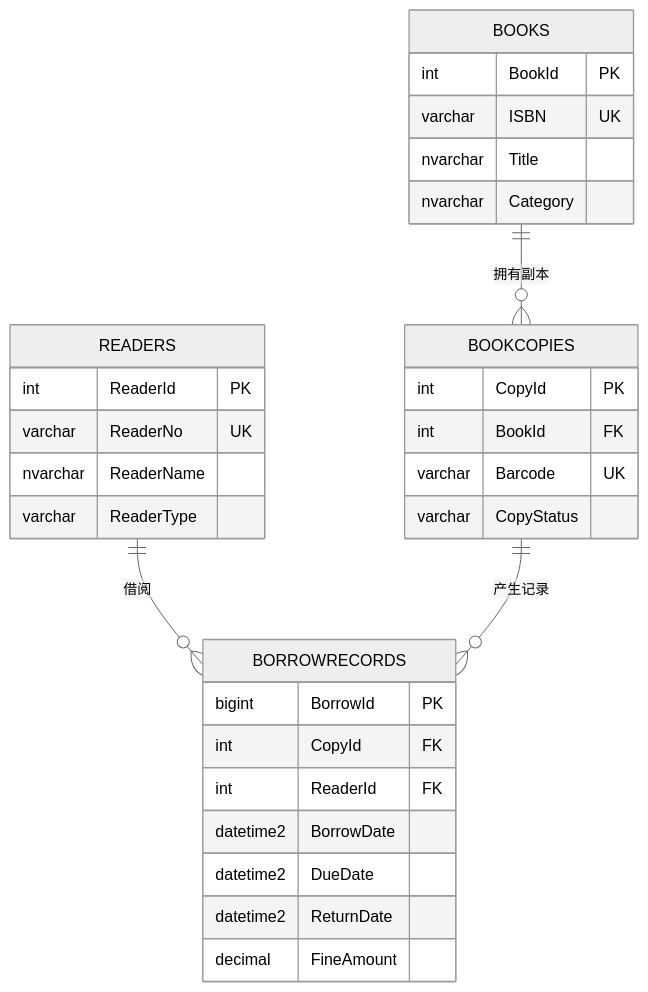
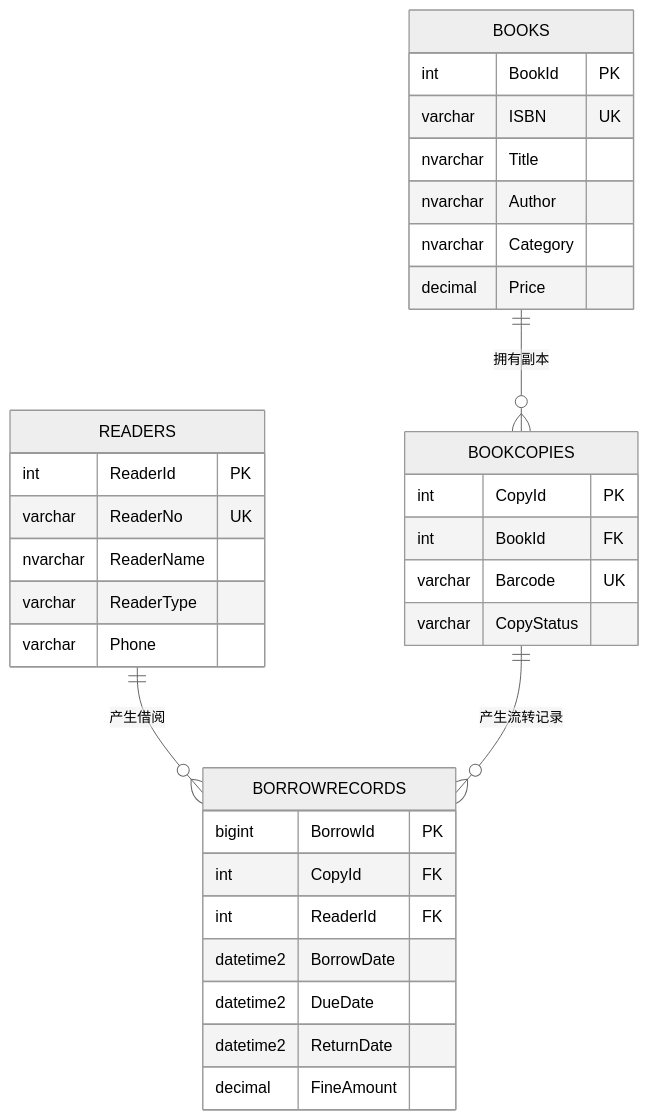
The diagram in README.md (lihongyu-sql/sqlserver-library-portfolio), drawn with Mermaid (neutral theme) before and after one commit. The commit also changed other lines of this file, not shown here.

````diff
--- a/README.md
+++ b/README.md
@@ -20,37 +31,40 @@
 ```mermaid
 erDiagram
-    READERS ||--o{ BORROWRECORDS : "借阅"
+    READERS ||--o{ BORROWRECORDS : "产生借阅"
     BOOKS ||--o{ BOOKCOPIES : "拥有副本"
-    BOOKCOPIES ||--o{ BORROWRECORDS : "产生记录"
+    BOOKCOPIES ||--o{ BORROWRECORDS : "产生流转记录"
 
     READERS {
         int ReaderId PK
         varchar ReaderNo UK
         nvarchar ReaderName
         varchar ReaderType
+        varchar Phone
     }
 
     BOOKS {
         int BookId PK
         varchar ISBN UK
         nvarchar Title
+        nvarchar Author
         nvarchar Category
+        decimal Price
     }
 
     BOOKCOPIES {
         int CopyId PK
         int BookId FK
         varchar Barcode UK
         varchar CopyStatus
     }
 
     BORROWRECORDS {
         bigint BorrowId PK
         int CopyId FK
         int ReaderId FK
         datetime2 BorrowDate
         datetime2 DueDate
         datetime2 ReturnDate
         decimal FineAmount
     }
 ```
````
